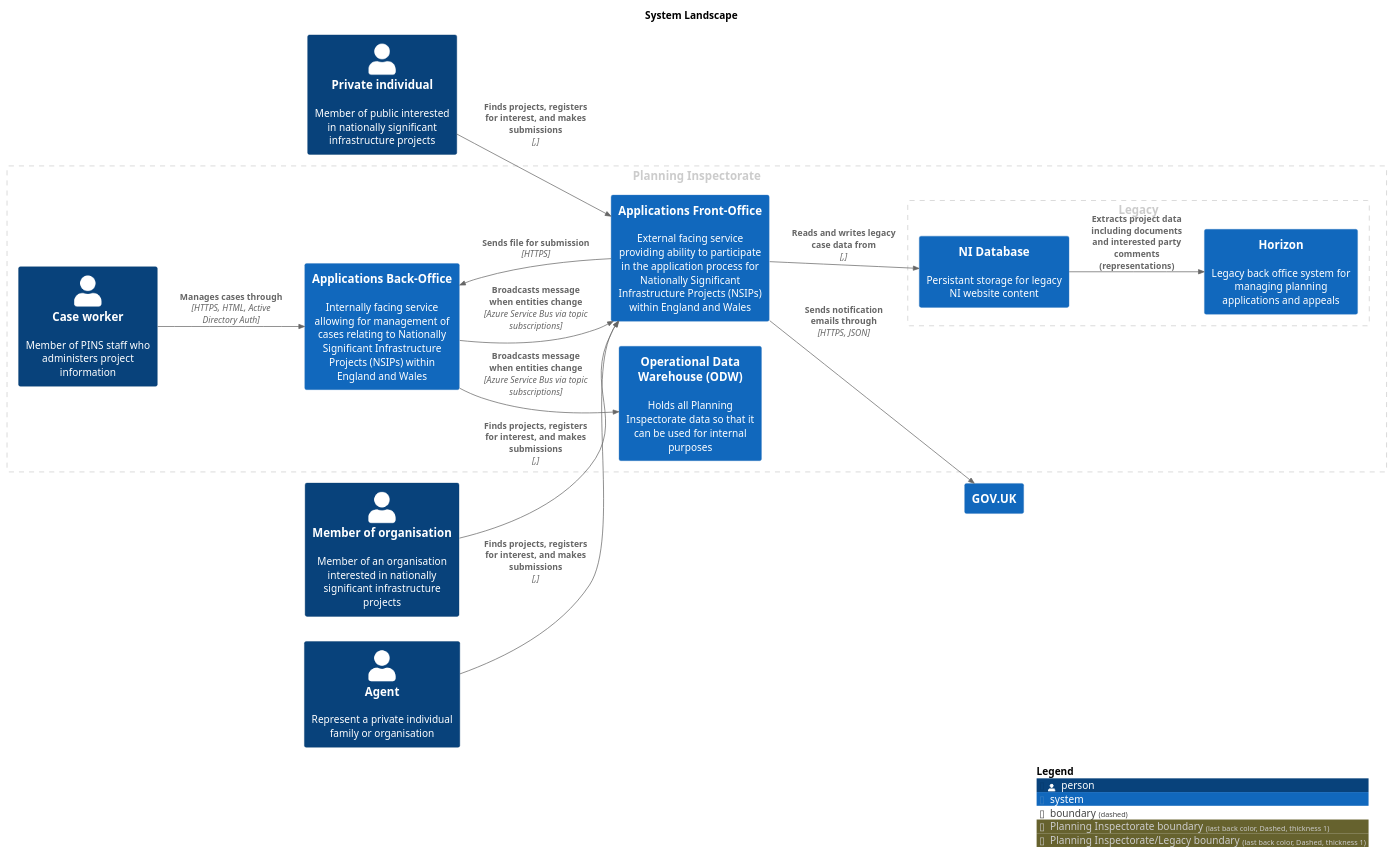
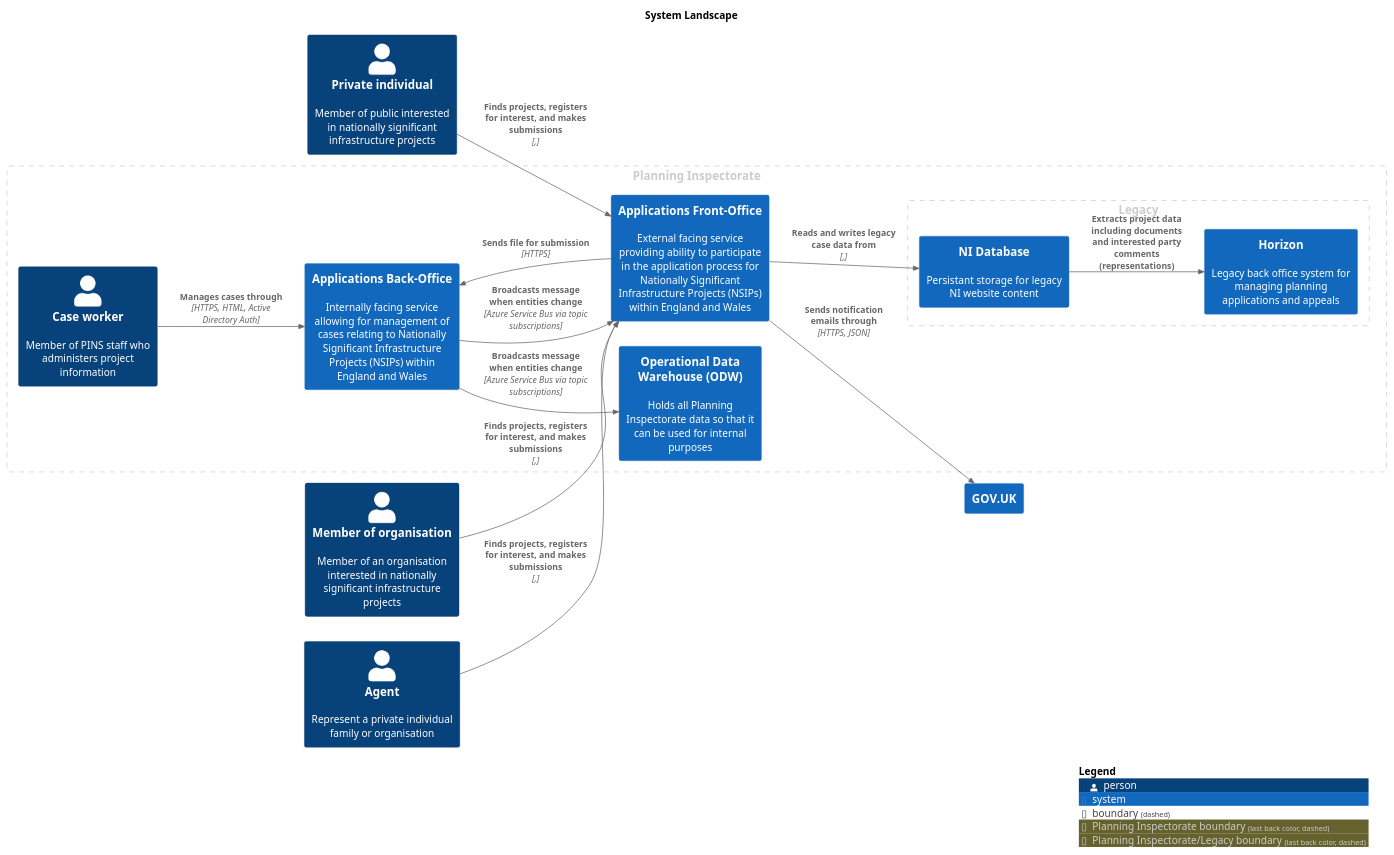
Before and after one commit to Planning-Inspectorate/applications-service: the diagram in master/puml/SystemLandscape.puml, drawn with PlantUML. The commit also changed 82 other files, not shown here.

Commit message:
Deploying to gh-pages from @ Planning-Inspectorate/applications-service@4ad576054b1cbad4593e98b7d67d70a939f28d7c 🚀

```diff
--- a/master/puml/SystemLandscape.puml
+++ b/master/puml/SystemLandscape.puml
@@ -1,41 +1,41 @@
 @startuml
 set separator none
 title System Landscape
 
 left to right direction
 
 !include <C4/C4>
 !include <C4/C4_Context>
 
-AddBoundaryTag("Planning Inspectorate", $borderColor="#cccccc", $fontColor="#cccccc", $borderStyle="Dashed", $borderThickness="1")
+AddBoundaryTag("Planning Inspectorate", $borderColor="#cccccc", $fontColor="#cccccc", $borderStyle="dashed")
 Boundary(group_1, "Planning Inspectorate", $tags="Planning Inspectorate") {
   System(ApplicationsBackOffice, "Applications Back-Office", $descr="Internally facing service allowing for management of cases relating to Nationally Significant Infrastructure Projects (NSIPs) within England and Wales", $tags="", $link="")
   System(OperationalDataWarehouseODW, "Operational Data Warehouse (ODW)", $descr="Holds all Planning Inspectorate data so that it can be used for internal purposes", $tags="", $link="")
   Person(Caseworker, "Case worker", $descr="Member of PINS staff who administers project information", $tags="", $link="")
   System(ApplicationsFrontOffice, "Applications Front-Office", $descr="External facing service providing ability to participate in the application process for Nationally Significant Infrastructure Projects (NSIPs) within England and Wales", $tags="", $link="")
-    AddBoundaryTag("Planning Inspectorate/Legacy", $borderColor="#cccccc", $fontColor="#cccccc", $borderStyle="Dashed", $borderThickness="1")
+    AddBoundaryTag("Planning Inspectorate/Legacy", $borderColor="#cccccc", $fontColor="#cccccc", $borderStyle="dashed")
     Boundary(group_2, "Legacy", $tags="Planning Inspectorate/Legacy") {
       System(Horizon, "Horizon", $descr="Legacy back office system for managing planning applications and appeals", $tags="", $link="")
       System(NIDatabase, "NI Database", $descr="Persistant storage for legacy NI website content", $tags="", $link="")
     }
 
 }
 
 Person(Privateindividual, "Private individual", $descr="Member of public interested in nationally significant infrastructure projects", $tags="", $link="")
 Person(Memberoforganisation, "Member of organisation", $descr="Member of an organisation interested in nationally significant infrastructure projects", $tags="", $link="")
 Person(Agent, "Agent", $descr="Represent a private individual family or organisation", $tags="", $link="")
 System(GOVUK, "GOV.UK", $descr="", $tags="", $link="")
 
 Rel(ApplicationsFrontOffice, ApplicationsBackOffice, "Sends file for submission", $techn="HTTPS", $tags="", $link="")
 Rel(NIDatabase, Horizon, "Extracts project data including documents and interested party comments (representations)", $techn="", $tags="", $link="")
 Rel(Privateindividual, ApplicationsFrontOffice, "Finds projects, registers for interest, and makes submissions", $techn=",", $tags="", $link="")
 Rel(Memberoforganisation, ApplicationsFrontOffice, "Finds projects, registers for interest, and makes submissions", $techn=",", $tags="", $link="")
 Rel(Agent, ApplicationsFrontOffice, "Finds projects, registers for interest, and makes submissions", $techn=",", $tags="", $link="")
 Rel(Caseworker, ApplicationsBackOffice, "Manages cases through", $techn="HTTPS, HTML, Active Directory Auth", $tags="", $link="")
 Rel(ApplicationsBackOffice, OperationalDataWarehouseODW, "Broadcasts message when entities change", $techn="Azure Service Bus via topic subscriptions", $tags="", $link="")
 Rel(ApplicationsBackOffice, ApplicationsFrontOffice, "Broadcasts message when entities change", $techn="Azure Service Bus via topic subscriptions", $tags="", $link="")
 Rel(ApplicationsFrontOffice, GOVUK, "Sends notification emails through", $techn="HTTPS, JSON", $tags="", $link="")
 Rel(ApplicationsFrontOffice, NIDatabase, "Reads and writes legacy case data from", $techn=",", $tags="", $link="")
 
 SHOW_LEGEND(true)
 @enduml
```
